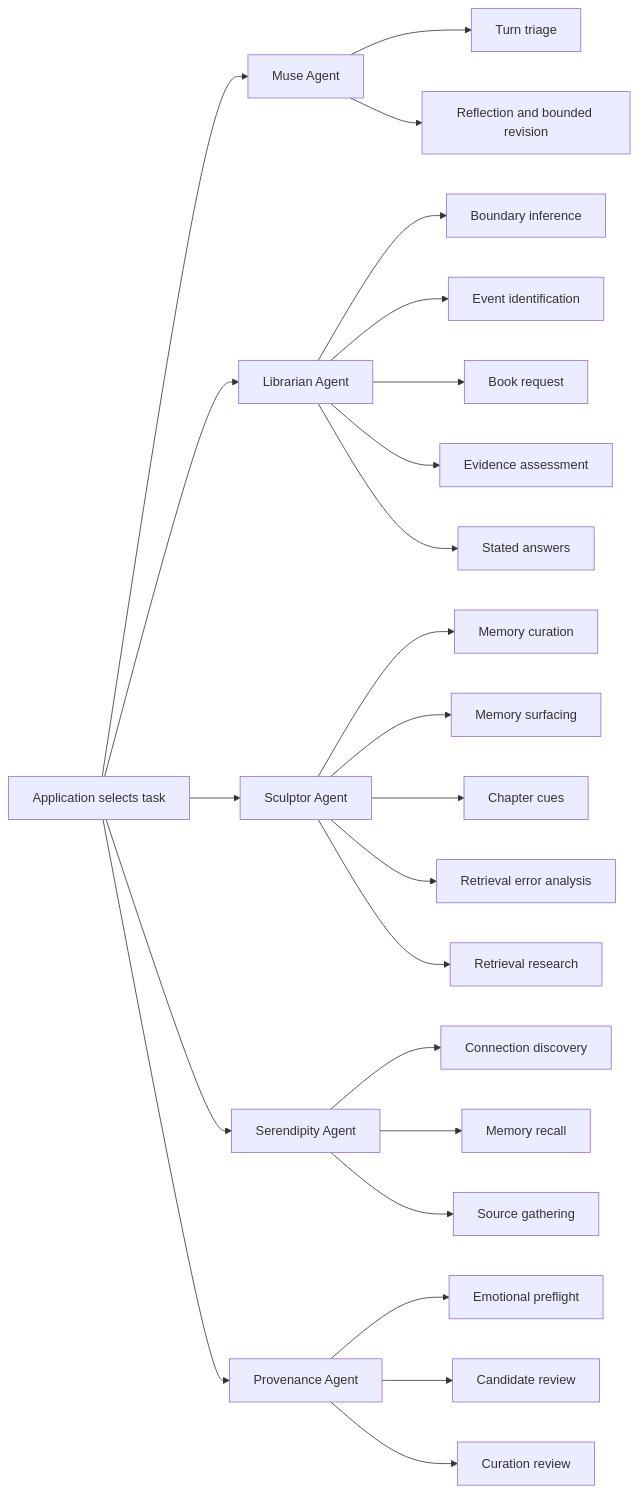
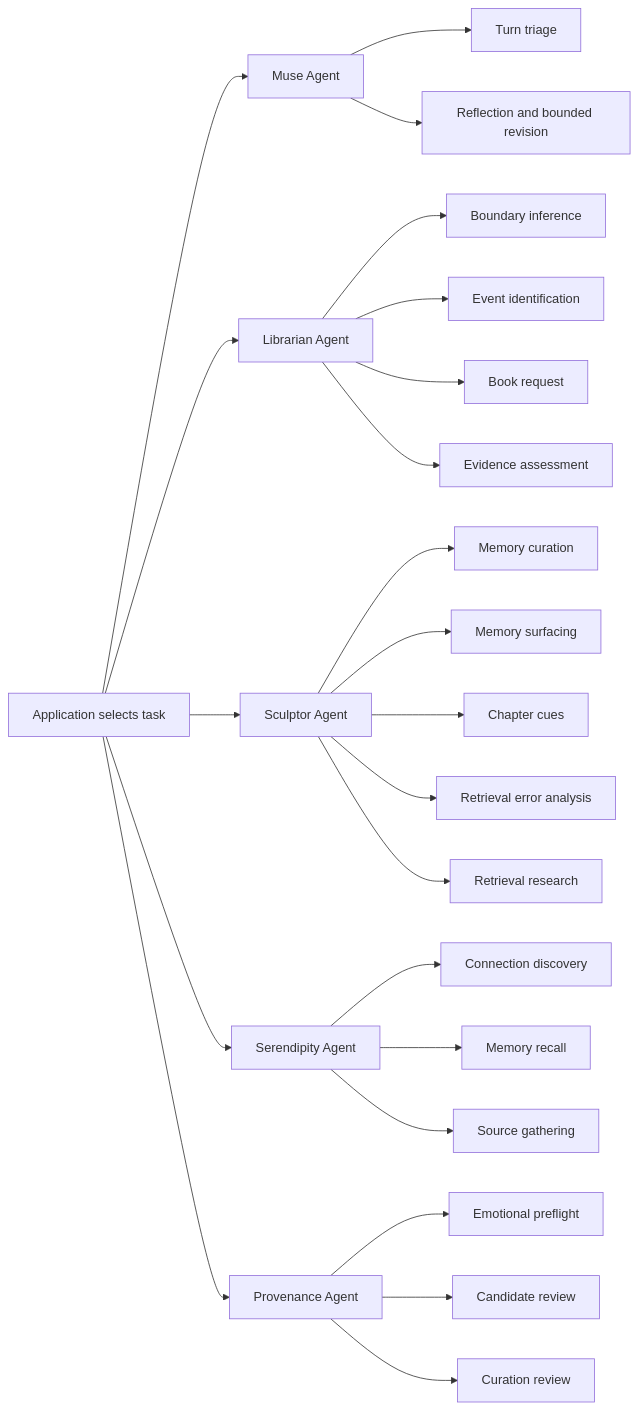
The first of 2 diagrams in docs/agent-skills.md (DesmondChoy/linger), drawn with Mermaid before and after one commit. The commit also changed other lines of this file and 21 other files, not shown here.

````diff
--- a/docs/agent-skills.md
+++ b/docs/agent-skills.md
@@ -39,26 +38,25 @@
 ```mermaid
 flowchart LR
     App[Application selects task] --> Muse[Muse Agent]
     App --> Librarian[Librarian Agent]
     App --> Sculptor[Sculptor Agent]
     App --> Serendipity[Serendipity Agent]
     App --> Provenance[Provenance Agent]
     Muse --> Triage[Turn triage]
     Muse --> Reflection[Reflection and bounded revision]
     Librarian --> Boundary[Boundary inference]
     Librarian --> Identify[Event identification]
     Librarian --> Request[Book request]
     Librarian --> Strength[Evidence assessment]
-    Librarian --> Stated[Stated answers]
     Sculptor --> Curation[Memory curation]
     Sculptor --> Surfacing[Memory surfacing]
     Sculptor --> Cues[Chapter cues]
     Sculptor --> ErrorAnalysis[Retrieval error analysis]
     Sculptor --> Research[Retrieval research]
     Serendipity --> Connection[Connection discovery]
     Serendipity --> Recall[Memory recall]
     Serendipity --> Gathering[Source gathering]
     Provenance --> Preflight[Emotional preflight]
     Provenance --> Candidate[Candidate review]
     Provenance --> CurationReview[Curation review]
 ```
````
